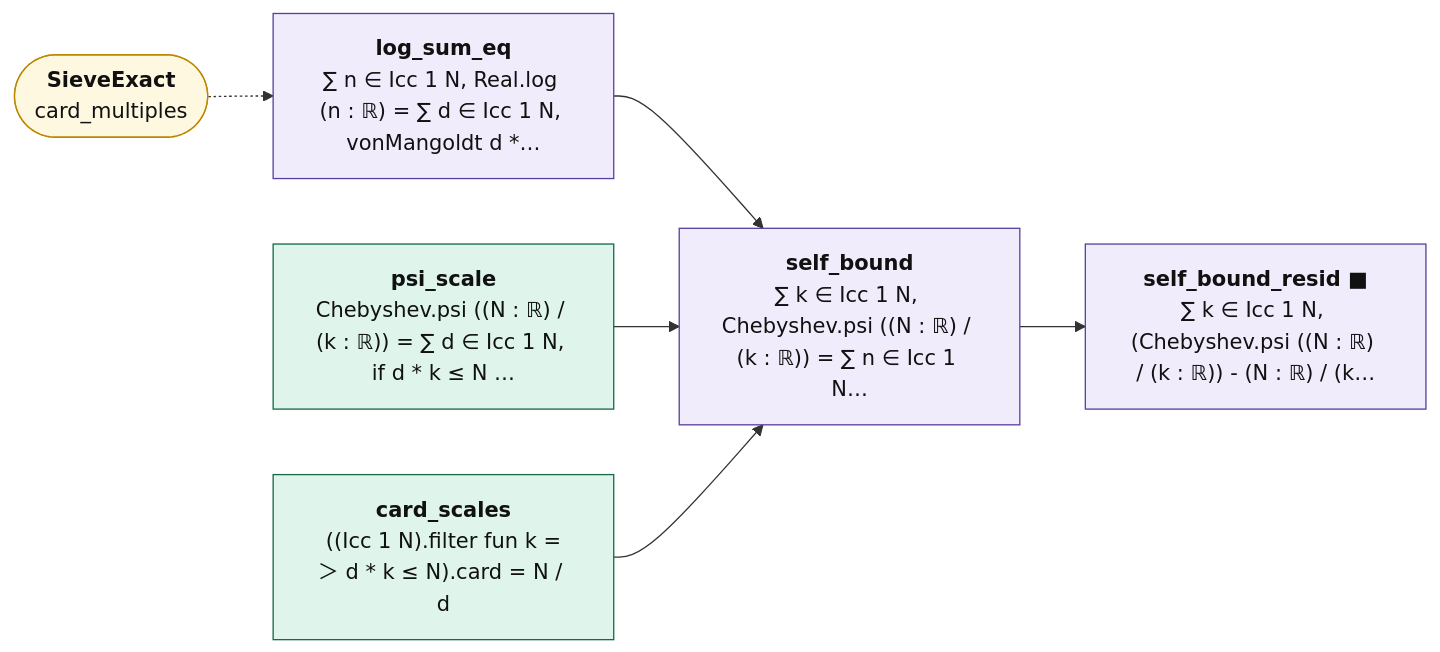
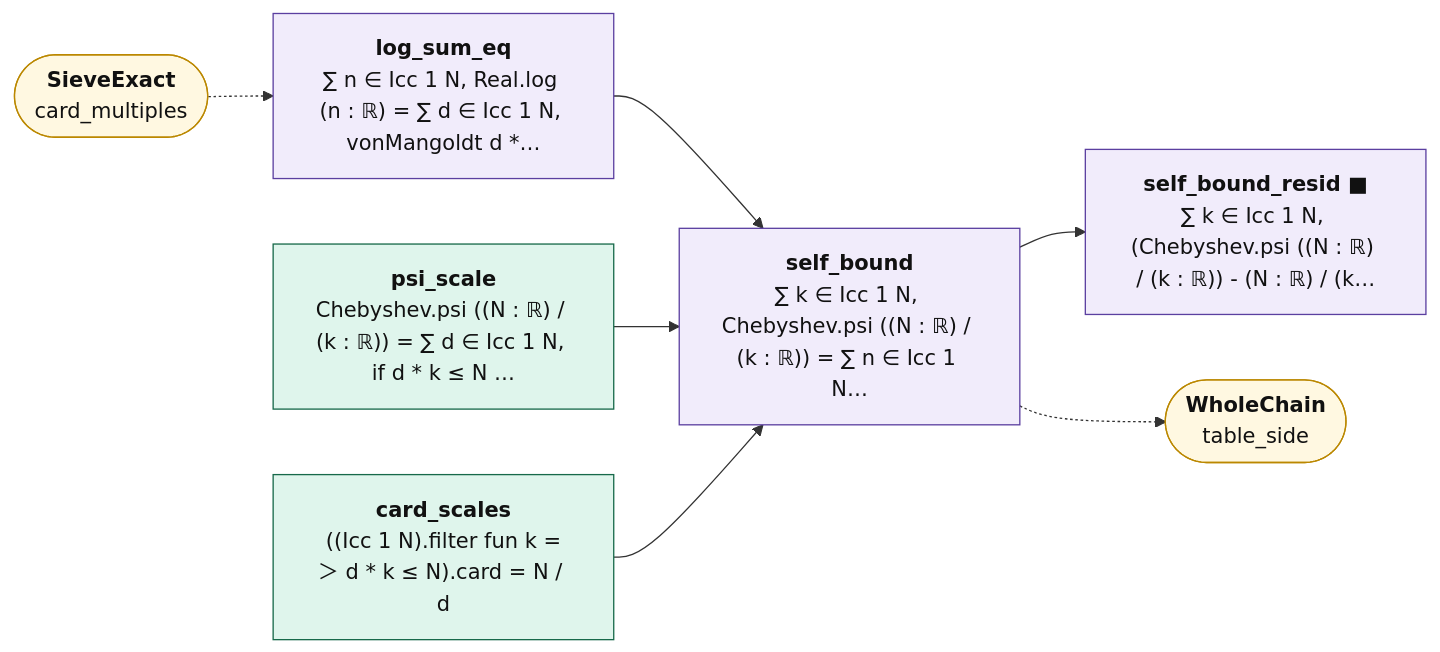
Before and after one commit to juliansambranojr/Primebeat_081426: the diagram in map/lean_stage3/SelfBound.md, drawn with Mermaid. The commit also changed other lines of this file and 57 other files, not shown here.

````diff
--- a/map/lean_stage3/SelfBound.md
+++ b/map/lean_stage3/SelfBound.md
@@ -14,22 +14,24 @@
 ```mermaid
 flowchart LR
   n0["<b>log_sum_eq</b><br/>∑ n ∈ Icc 1 N, Real.log (n : ℝ) = ∑ d ∈ Icc 1 N, vonMangoldt d *…"]:::shp
   n1["<b>psi_scale</b><br/>Chebyshev.psi ((N : ℝ) / (k : ℝ)) = ∑ d ∈ Icc 1 N, if d * k ≤ N …"]:::cnt
   n2["<b>card_scales</b><br/>((Icc 1 N).filter fun k =＞ d * k ≤ N).card = N / d"]:::cnt
   n3["<b>self_bound</b><br/>∑ k ∈ Icc 1 N, Chebyshev.psi ((N : ℝ) / (k : ℝ)) = ∑ n ∈ Icc 1 N…"]:::shp
   n4["<b>self_bound_resid ■</b><br/>∑ k ∈ Icc 1 N, (Chebyshev.psi ((N : ℝ) / (k : ℝ)) - (N : ℝ) / (k…"]:::shp
   x0(["<b>SieveExact</b><br/>card_multiples"]):::ext
+  x1(["<b>WholeChain</b><br/>table_side"]):::ext
   n0 --> n3
   n1 --> n3
   n2 --> n3
   n3 --> n4
+  n3 -.-> x1
   x0 -.-> n0
   classDef cnt fill:#dff5ec,stroke:#17694a,color:#111
   classDef shp fill:#f1ecfb,stroke:#5b3fa0,color:#111
   classDef rh fill:#ffe5e5,stroke:#c22,color:#111,stroke-width:2px
   classDef thm fill:#eef4ff,stroke:#335,color:#111
   classDef end_ fill:#e7f7e7,stroke:#2a7,color:#111,stroke-width:2px
   classDef lone fill:#fff,stroke:#999,color:#111,stroke-dasharray:4 3
   classDef bad fill:#ffe5e5,stroke:#c22,color:#111,stroke-width:2px
   classDef ext fill:#fff8e1,stroke:#b80,color:#111
 ```
````
